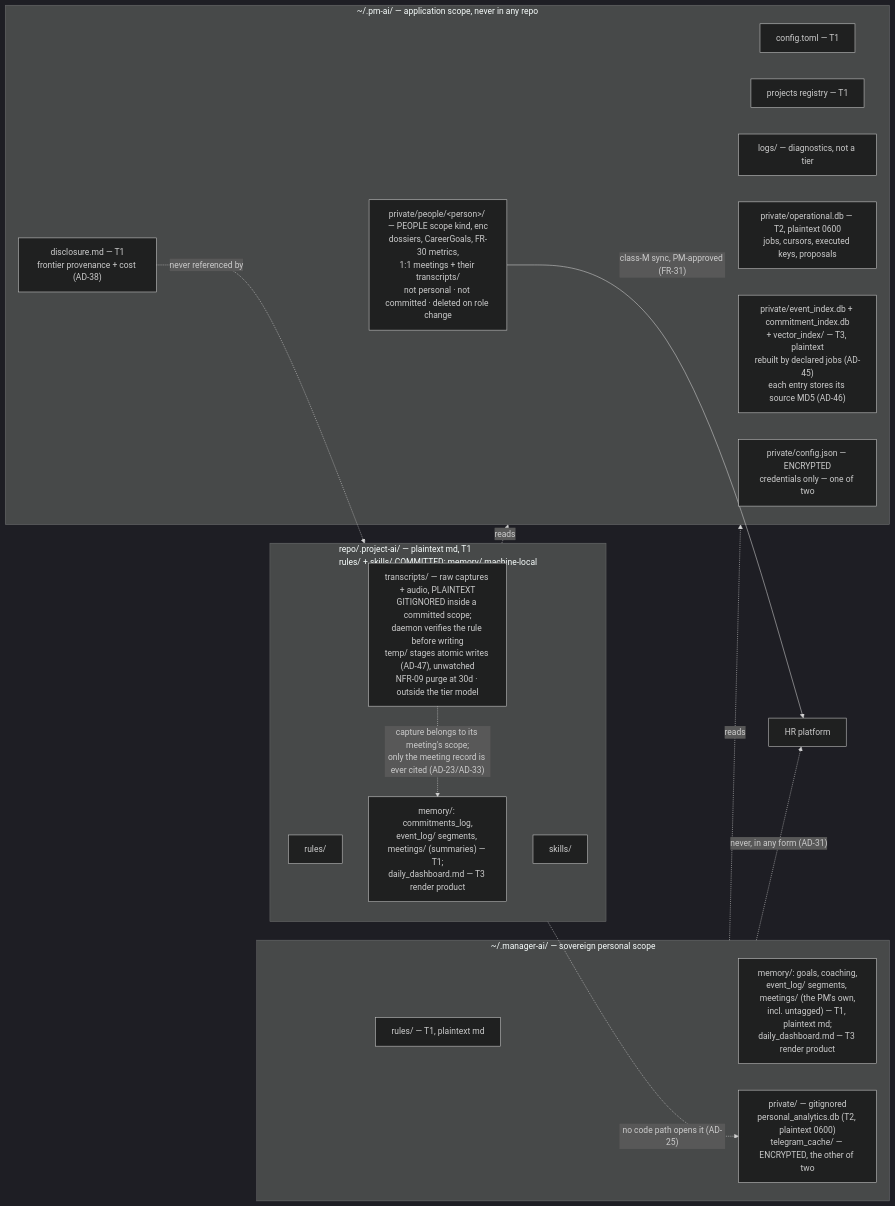
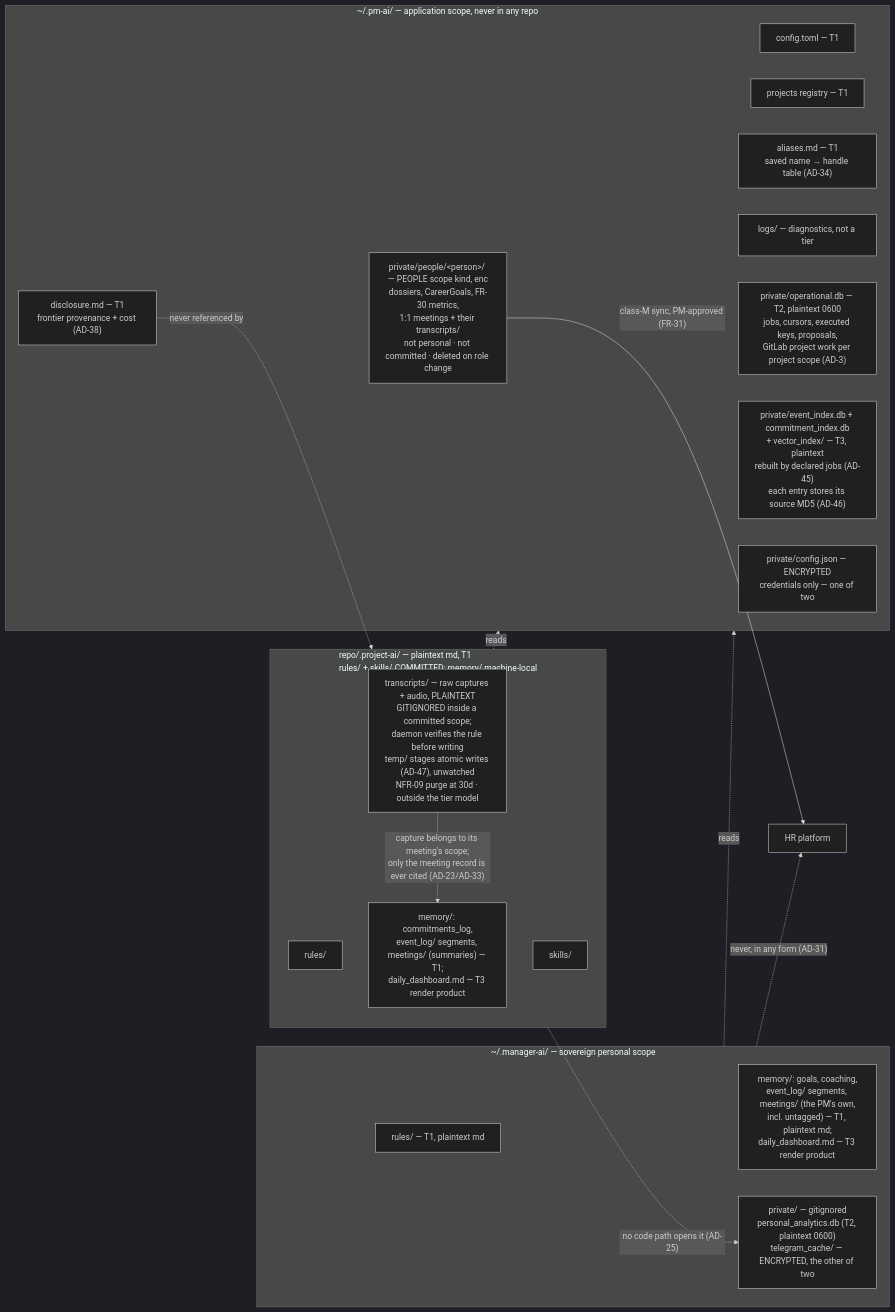
The third of 4 diagrams in _bmad-output/planning-artifacts/architecture/architecture-pm-ai-2026-08-18/ARCHITECTURE-SPINE.md (aramaniuk/pm-ai), drawn with Mermaid (dark theme) before and after one commit. The commit also changed other lines of this file and 15 other files, not shown here.

First line of the commit message:
docs(architecture): spine amended for wave 3 and finalized

````diff
--- a/_bmad-output/planning-artifacts/architecture/architecture-pm-ai-2026-08-18/ARCHITECTURE-SPINE.md
+++ b/_bmad-output/planning-artifacts/architecture/architecture-pm-ai-2026-08-18/ARCHITECTURE-SPINE.md
@@ -936,31 +994,32 @@
 ```mermaid
 graph LR
     subgraph APP["~/.pm-ai/ — application scope, never in any repo"]
         A1["config.toml — T1"]
         A2["projects registry — T1"]
         A3["disclosure.md — T1<br/>frontier provenance + cost (AD-38)"]
+        A9["aliases.md — T1<br/>saved name → handle table (AD-34)"]
         A4["logs/ — diagnostics, not a tier"]
-        A5["private/operational.db — T2, plaintext 0600<br/>jobs, cursors, executed keys, proposals"]
+        A5["private/operational.db — T2, plaintext 0600<br/>jobs, cursors, executed keys, proposals,<br/>GitLab project work per project scope (AD-3)"]
         A6["private/event_index.db + commitment_index.db<br/>+ vector_index/ — T3, plaintext<br/>rebuilt by declared jobs (AD-45)<br/>each entry stores its source MD5 (AD-46)"]
         A7["private/config.json — ENCRYPTED<br/>credentials only — one of two"]
         A8["private/people/&lt;person&gt;/ — PEOPLE scope kind, enc<br/>dossiers, CareerGoals, FR-30 metrics,<br/>1:1 meetings + their transcripts/<br/>not personal · not committed · deleted on role change"]
     end
     subgraph PERS["~/.manager-ai/ — sovereign personal scope"]
         P1["rules/ — T1, plaintext md"]
         P2["memory/: goals, coaching,<br/>event_log/ segments, meetings/ (the PM's own,<br/>incl. untagged) — T1, plaintext md;<br/>daily_dashboard.md — T3 render product"]
         P3["private/ — gitignored<br/>personal_analytics.db (T2, plaintext 0600)<br/>telegram_cache/ — ENCRYPTED, the other of two"]
     end
     subgraph PROJ["repo/.project-ai/ — plaintext md, T1<br/>rules/ + skills/ COMMITTED; memory/ machine-local"]
         R1[rules/]
         R2["memory/: commitments_log,<br/>event_log/ segments, meetings/ (summaries) — T1;<br/>daily_dashboard.md — T3 render product"]
         R3[skills/]
         R4["transcripts/ — raw captures + audio, PLAINTEXT<br/>GITIGNORED inside a committed scope;<br/>daemon verifies the rule before writing<br/>temp/ stages atomic writes (AD-47), unwatched<br/>NFR-09 purge at 30d · outside the tier model"]
     end
     PERS -.reads.-> APP
     PROJ -.reads.-> APP
     A3 -.->|"never referenced by"| PROJ
     A8 -->|"class-M sync, PM-approved (FR-31)"| HR[HR platform]
     PERS -.->|"never, in any form (AD-31)"| HR
     PROJ -.->|"no code path opens it (AD-25)"| P3
     R4 -.->|"capture belongs to its meeting's scope;<br/>only the meeting record is ever cited (AD-23/AD-33)"| R2
 ```
````
